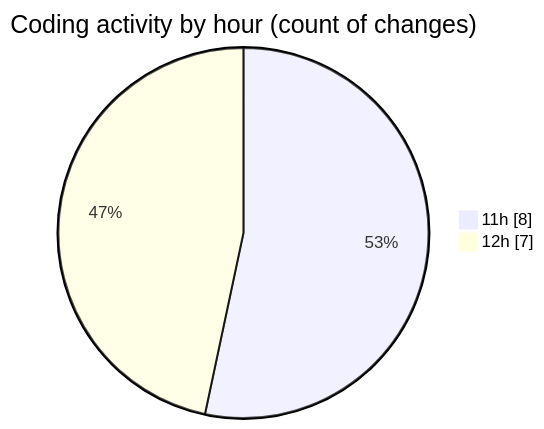
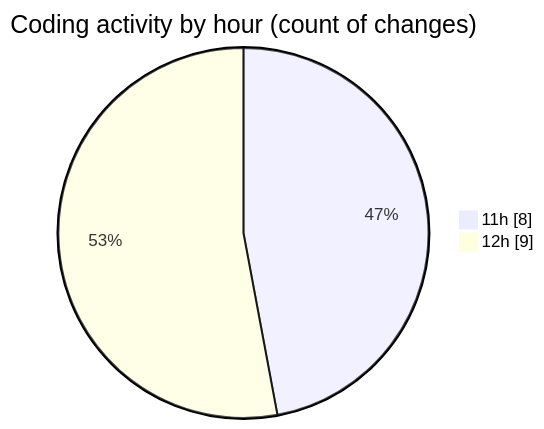
One commit to julien-gomy/code-tracking changed the second of 2 diagrams in 2025-10-27/cdp_aleoudev_fr__workspace_/README.md. Above: the diagram before and after it, drawn with Mermaid. The commit also changed other lines of this file and 1 other file, not shown here.

````diff
--- a/2025-10-27/cdp_aleoudev_fr__workspace_/README.md
+++ b/2025-10-27/cdp_aleoudev_fr__workspace_/README.md
@@ -39,6 +39,6 @@
 ```mermaid
 pie showData
 title Coding activity by hour (count of changes)
 "11h" : 8
-"12h" : 7
+"12h" : 9
 ```
````
